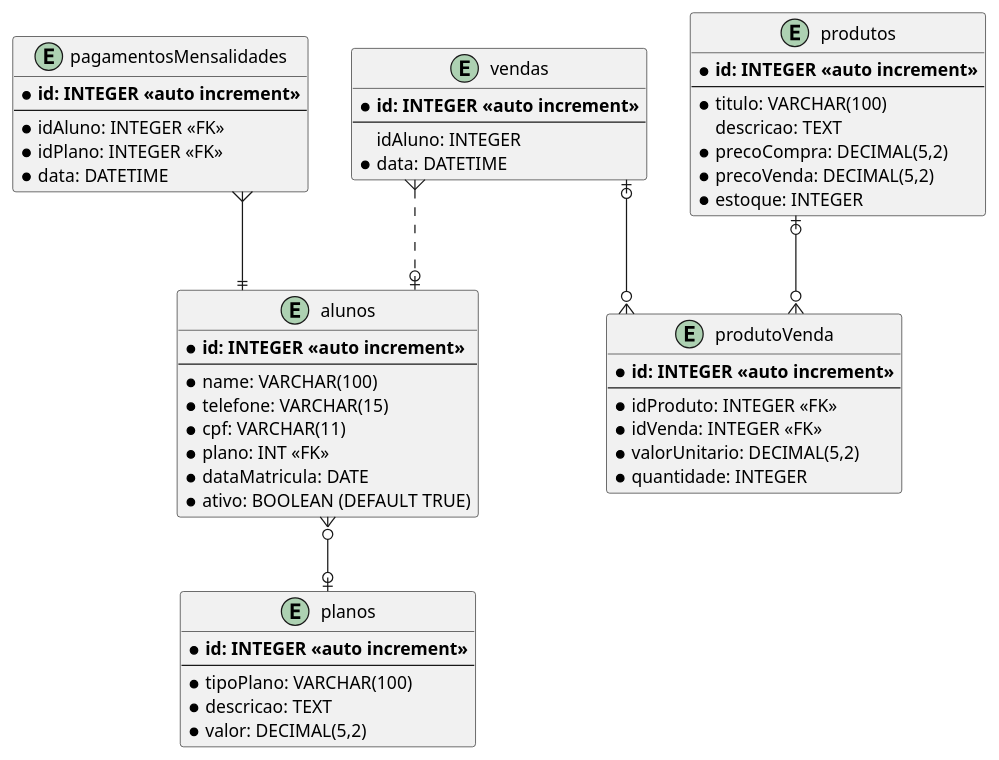
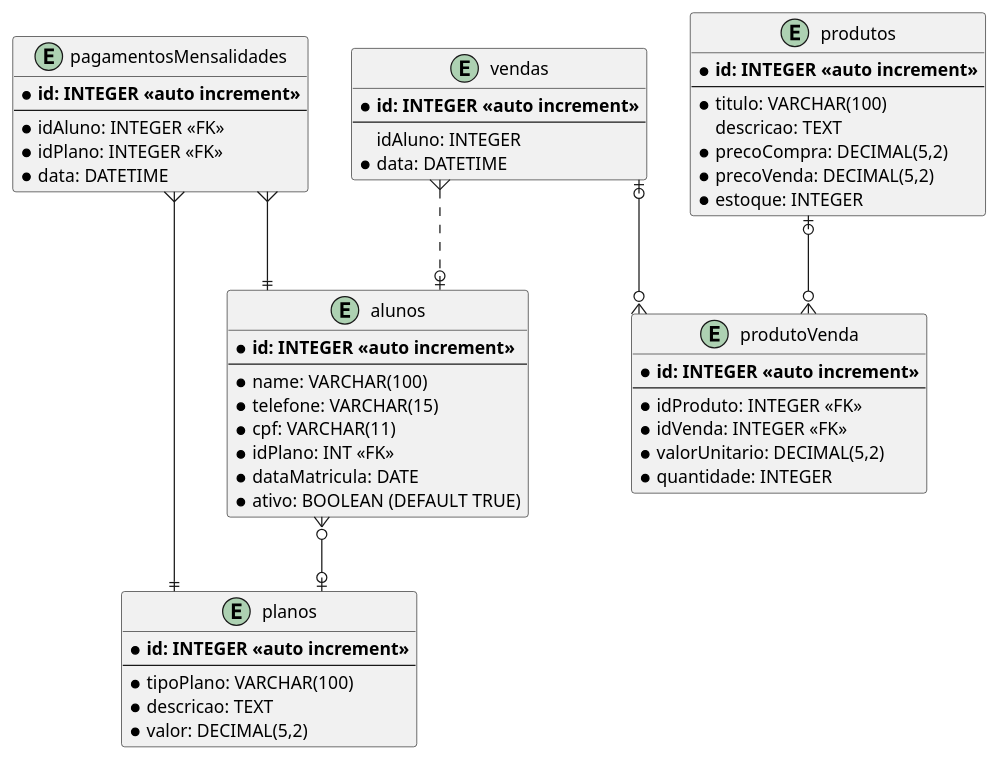
The diagram in Diagramas/BancoDeDados/bancoDeDados.puml (PI-2-semestre-DSM/app-acad), drawn with PlantUML before and after one commit. The commit also changed 2 other files, not shown here.

Commit message:
update: db diagram

```diff
--- a/Diagramas/BancoDeDados/bancoDeDados.puml
+++ b/Diagramas/BancoDeDados/bancoDeDados.puml
@@ -1,64 +1,64 @@
 @startuml TitaniumDBSchema
 skinparam linetype ortho
 
 entity "alunos" {
 * **id: INTEGER <<auto increment>>**
 --
 *name: VARCHAR(100)
 *telefone: VARCHAR(15)
 *cpf: VARCHAR(11)
-*plano: INT <<FK>>
+*idPlano: INT <<FK>>
 *dataMatricula: DATE
 *ativo: BOOLEAN (DEFAULT TRUE)
 }
 
 entity "produtos" {
 * **id: INTEGER <<auto increment>>**
 --
 *titulo: VARCHAR(100)
  descricao: TEXT
 *precoCompra: DECIMAL(5,2)
 *precoVenda: DECIMAL(5,2)
 *estoque: INTEGER
 }
 
 
 entity "vendas" {
 * **id: INTEGER <<auto increment>>**
 --
  idAluno: INTEGER
 *data: DATETIME
 }
 
 entity "produtoVenda" {
 * **id: INTEGER <<auto increment>>**
 --
 *idProduto: INTEGER <<FK>>
 *idVenda: INTEGER <<FK>>
 *valorUnitario: DECIMAL(5,2)
 *quantidade: INTEGER
 }
 
 entity "planos" {
 * **id: INTEGER <<auto increment>>**
 --
 *tipoPlano: VARCHAR(100)
 *descricao: TEXT
 *valor: DECIMAL(5,2)
 }
 
 entity "pagamentosMensalidades" {
 * **id: INTEGER <<auto increment>>**
 --
 *idAluno: INTEGER <<FK>>
 *idPlano: INTEGER <<FK>>
 *data: DATETIME
 }
 
 alunos }o--o|planos
 vendas |o--o{ produtoVenda
 produtos |o--o{ produtoVenda
 pagamentosMensalidades }--|| alunos
+pagamentosMensalidades }--|| planos
 vendas }..o| alunos
-
 @enduml
```
